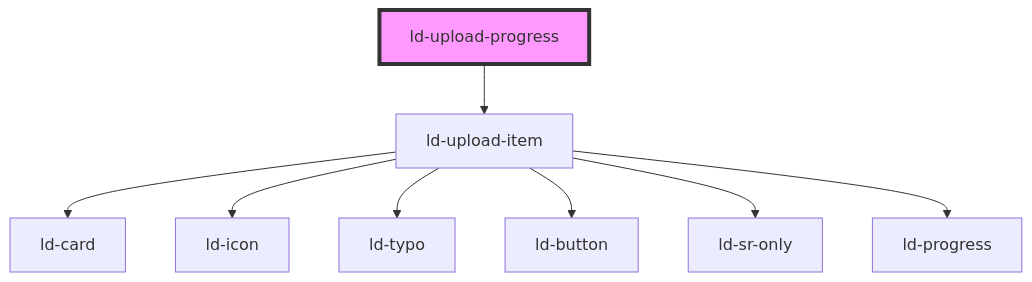
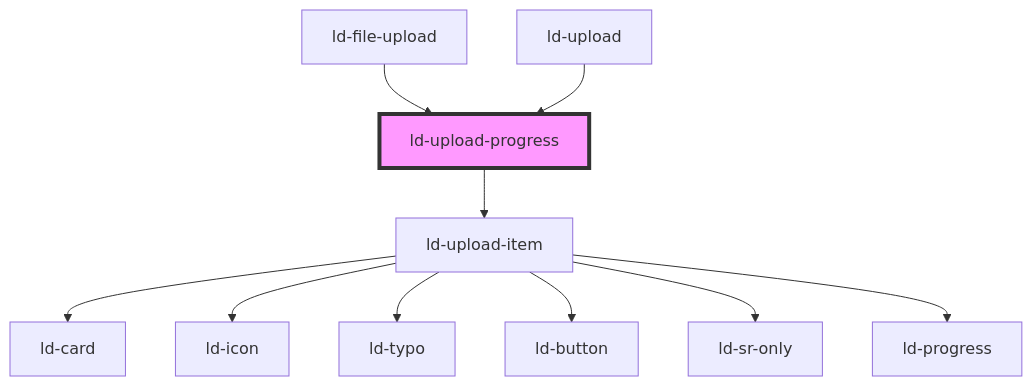
One commit to emdgroup-liquid/liquid changed the diagram in src/liquid/components/ld-file-upload/ld-upload-progress/readme.md. Above: the diagram before and after it, drawn with Mermaid. The commit also changed other lines of this file and 12 other files, not shown here.

````diff
--- a/src/liquid/components/ld-file-upload/ld-upload-progress/readme.md
+++ b/src/liquid/components/ld-file-upload/ld-upload-progress/readme.md
@@ -64,11 +70,13 @@
 ```mermaid
 graph TD;
   ld-upload-progress --> ld-upload-item
   ld-upload-item --> ld-card
   ld-upload-item --> ld-icon
   ld-upload-item --> ld-typo
   ld-upload-item --> ld-button
   ld-upload-item --> ld-sr-only
   ld-upload-item --> ld-progress
+  ld-file-upload --> ld-upload-progress
+  ld-upload --> ld-upload-progress
   style ld-upload-progress fill:#f9f,stroke:#333,stroke-width:4px
 ```
````
